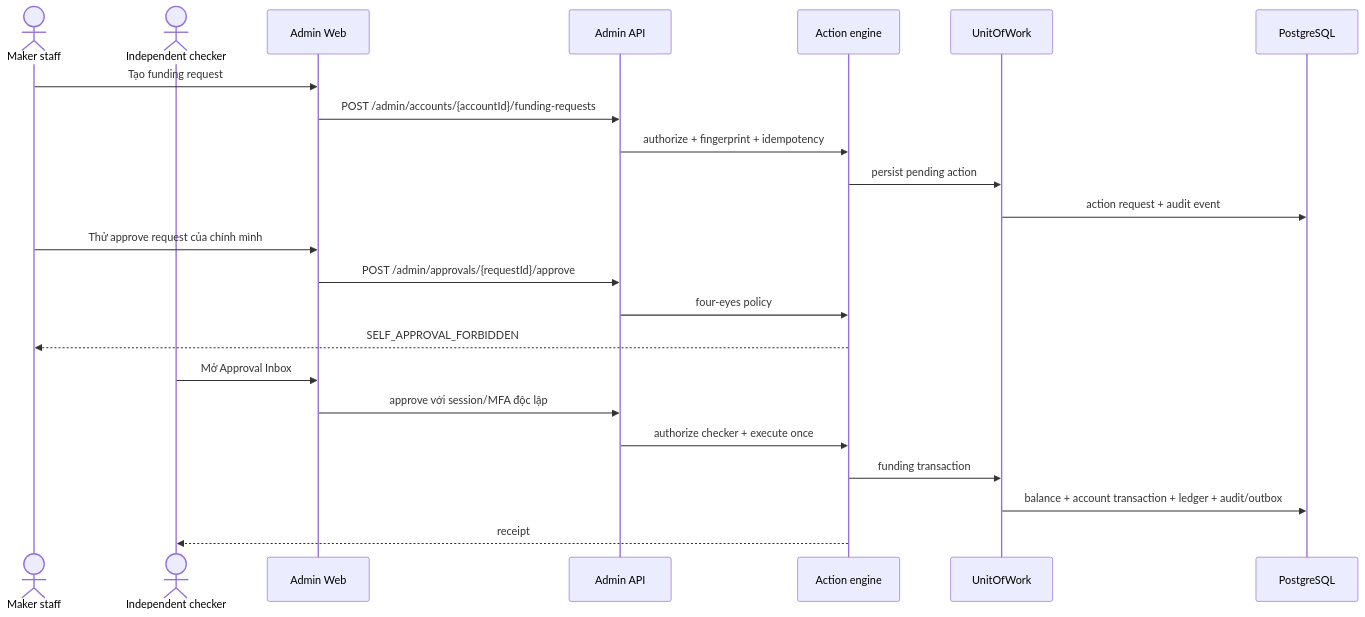
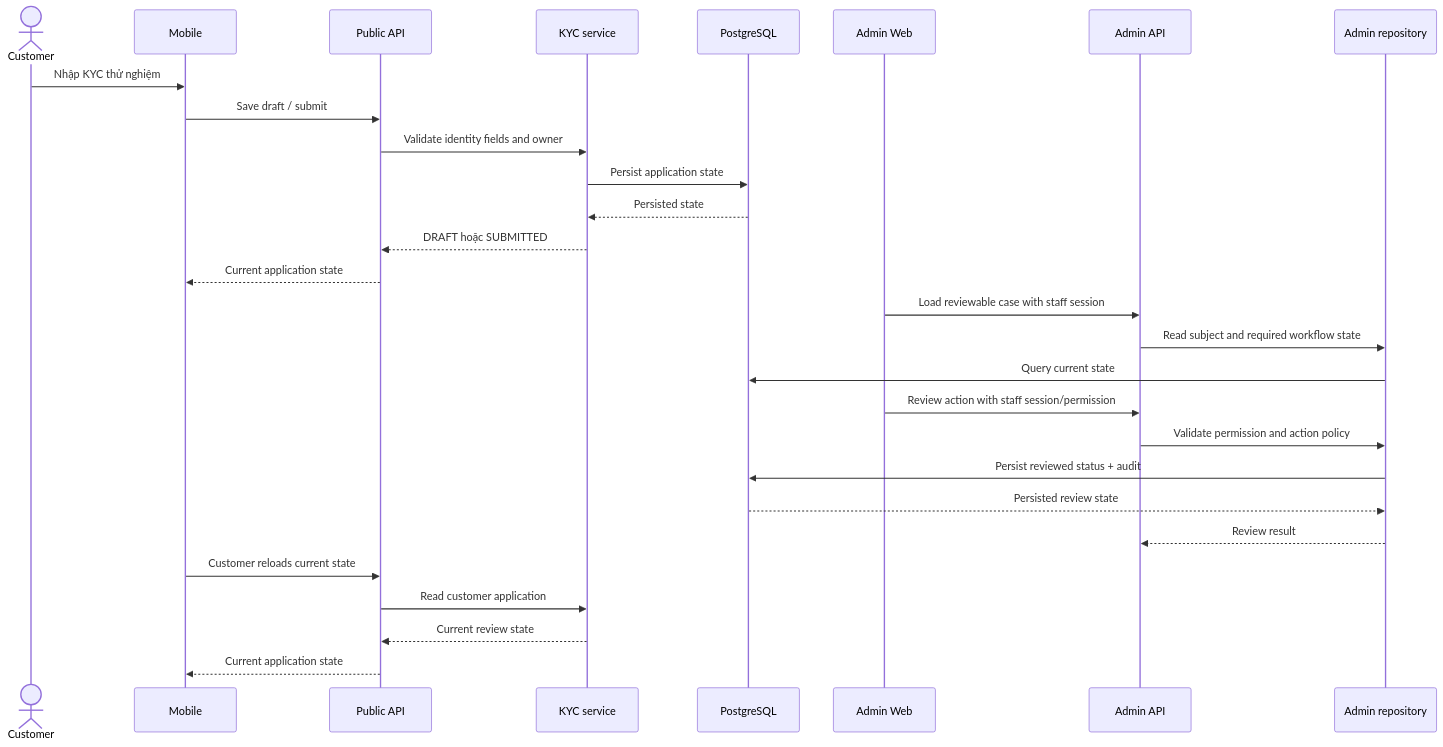
One commit to NguyenCaoKy1603/banking-system changed the second of 4 diagrams in documents/02-design/sequence-core-demo.md. Above: the diagram before and after it, drawn with Mermaid. The commit also changed other lines of this file and 69 other files, not shown here.

Commit message:
docs(specification): align comprehensive 31 use-cases specification and roadmap

````diff
--- a/documents/02-design/sequence-core-demo.md
+++ b/documents/02-design/sequence-core-demo.md
@@ -38,26 +36,31 @@
-```mermaid
+~~~mermaid
 sequenceDiagram
-  actor M as Maker staff
-  actor K as Independent checker
-  participant W as Admin Web
-  participant H as Admin API
-  participant E as Action engine
-  participant U as UnitOfWork
-  participant D as PostgreSQL
+  actor C as Customer
+  participant M as Mobile
+  participant API as Public API
+  participant K as KYC service
+  participant DB as PostgreSQL
+  participant A as Admin Web
+  participant AA as Admin API
+  participant AR as Admin repository
 
-  M->>W: Tạo funding request
-  W->>H: POST /admin/accounts/{accountId}/funding-requests
-  H->>E: authorize + fingerprint + idempotency
-  E->>U: persist pending action
-  U->>D: action request + audit event
-  M->>W: Thử approve request của chính mình
-  W->>H: POST /admin/approvals/{requestId}/approve
-  H->>E: four-eyes policy
-  E-->>M: SELF_APPROVAL_FORBIDDEN
-  K->>W: Mở Approval Inbox
-  W->>H: approve với session/MFA độc lập
-  H->>E: authorize checker + execute once
-  E->>U: funding transaction
-  U->>D: balance + account transaction + ledger + audit/outbox
-  E-->>K: receipt
-```
+  C->>M: Nhập KYC thử nghiệm
+  M->>API: Save draft / submit
+  API->>K: Validate identity fields and owner
+  K->>DB: Persist application state
+  DB-->>K: Persisted state
+  K-->>API: DRAFT hoặc SUBMITTED
+  API-->>M: Current application state
+  A->>AA: Load reviewable case with staff session
+  AA->>AR: Read subject and required workflow state
+  AR->>DB: Query current state
+  A->>AA: Review action with staff session/permission
+  AA->>AR: Validate permission and action policy
+  AR->>DB: Persist reviewed status + audit
+  DB-->>AR: Persisted review state
+  AR-->>AA: Review result
+  M->>API: Customer reloads current state
+  API->>K: Read customer application
+  K-->>API: Current review state
+  API-->>M: Current application state
+~~~
````
